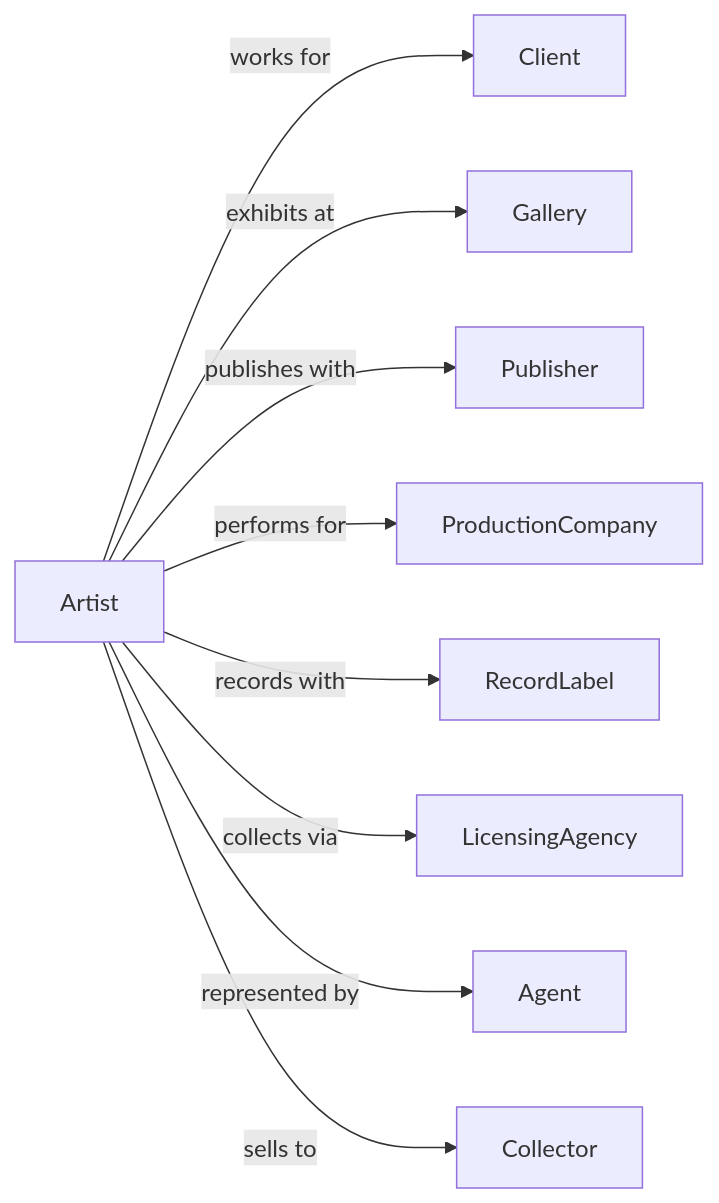
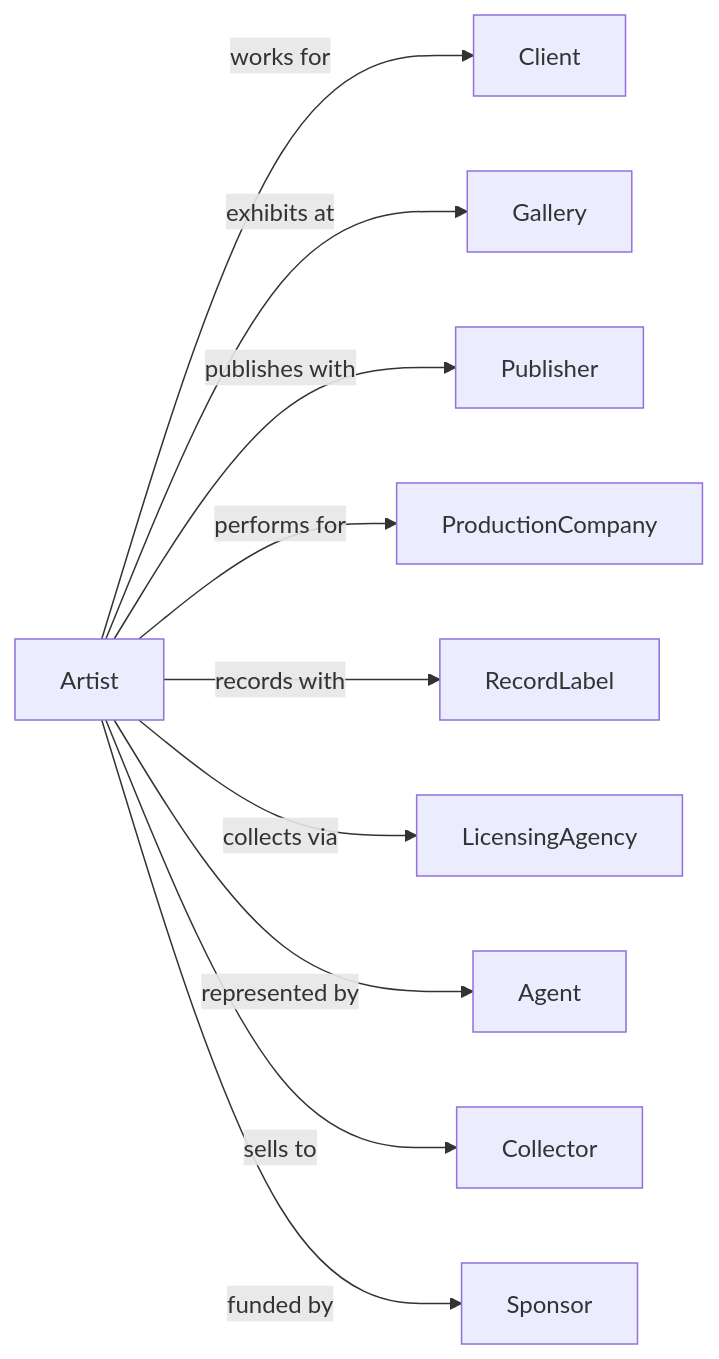
Before and after one commit to dot-org-ai/industries.org.ai: the second of 2 diagrams in Arts/PerformingArtsSpectatorSportsAndRelatedIndustries/IndependentArtistsWritersAndPerformers/IndependentArtistsWritersAndPerformers.mdx, drawn with Mermaid. The commit also changed 588 other files, not shown here.

````diff
--- a/Arts/PerformingArtsSpectatorSportsAndRelatedIndustries/IndependentArtistsWritersAndPerformers/IndependentArtistsWritersAndPerformers.mdx
+++ b/Arts/PerformingArtsSpectatorSportsAndRelatedIndustries/IndependentArtistsWritersAndPerformers/IndependentArtistsWritersAndPerformers.mdx
@@ -129,13 +129,14 @@
 ```mermaid
 graph LR
     A[Artist]
 
     A -->|works for| Client
     A -->|exhibits at| Gallery
     A -->|publishes with| Publisher
     A -->|performs for| ProductionCompany
     A -->|records with| RecordLabel
     A -->|collects via| LicensingAgency
     A -->|represented by| Agent
     A -->|sells to| Collector
+    A -->|funded by| Sponsor
 ```
````
